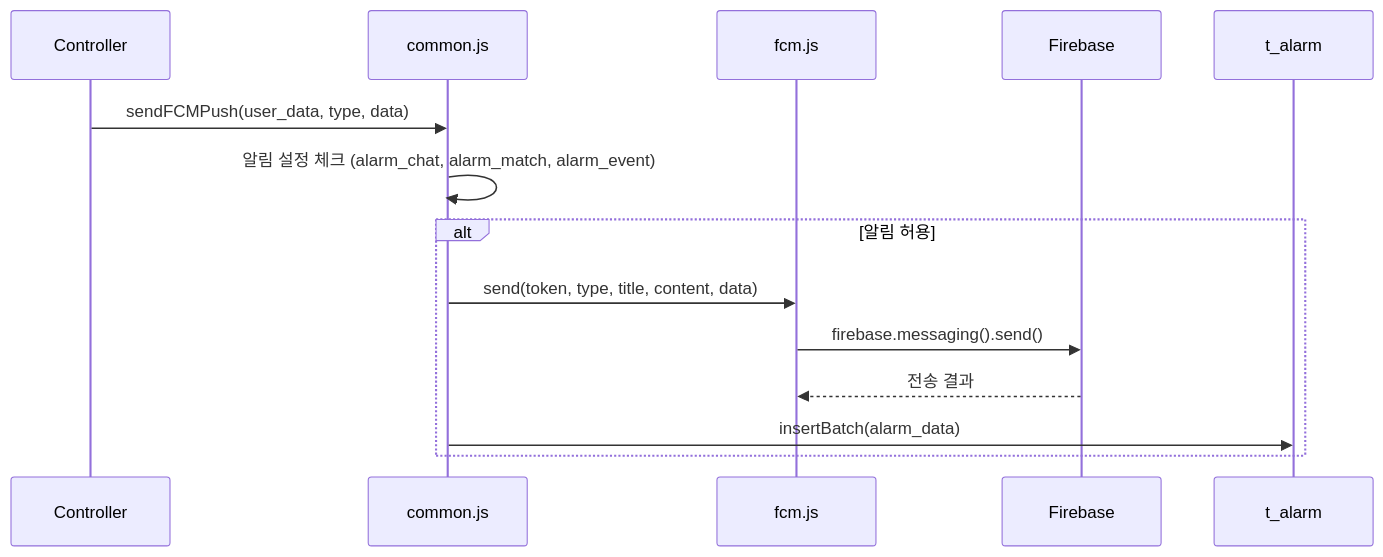
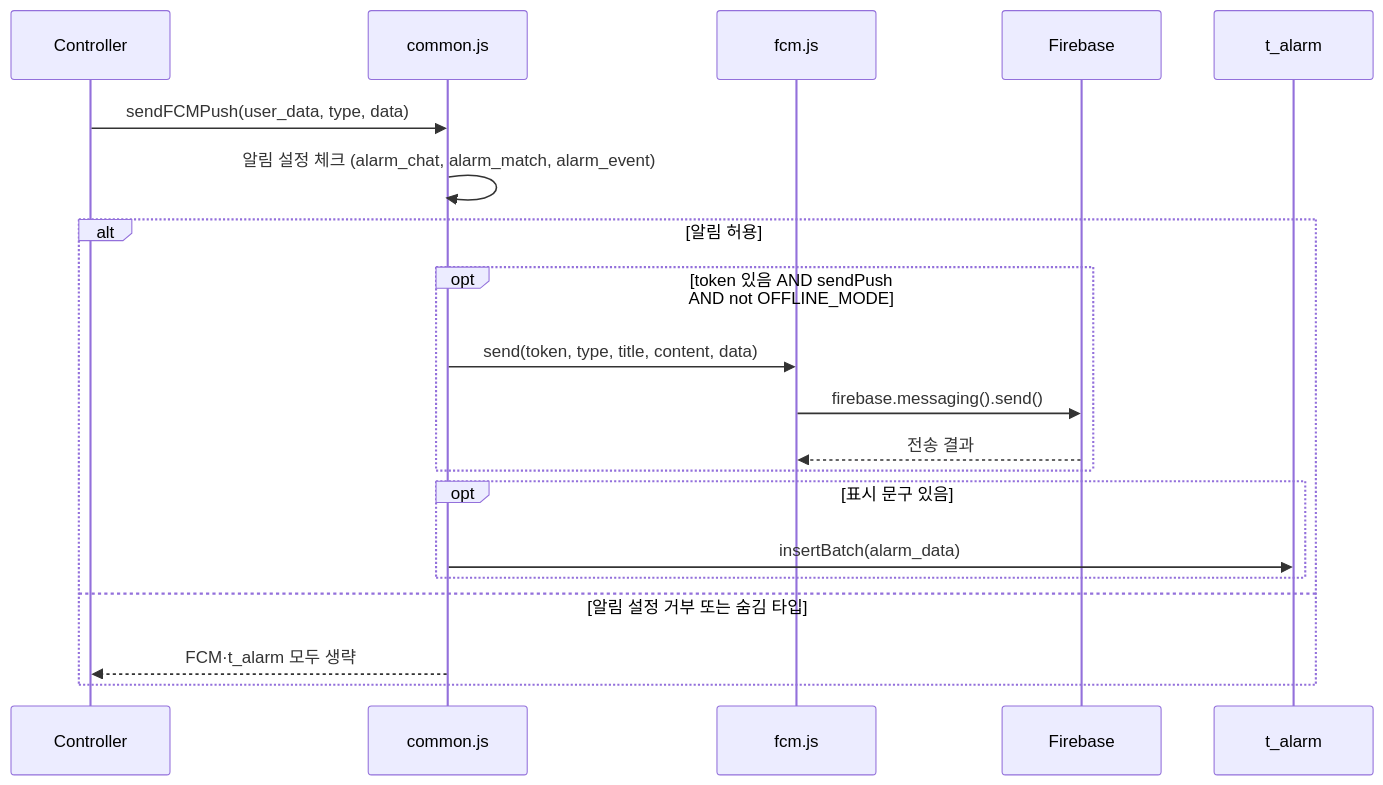
One commit to coupler-developer/docs changed the second of 2 diagrams in content/architecture/push-notification.md. Above: the diagram before and after it, drawn with Mermaid. The commit also changed other lines of this file and 10 other files, not shown here.

````diff
--- a/content/architecture/push-notification.md
+++ b/content/architecture/push-notification.md
@@ -172,17 +180,23 @@
 ```mermaid
 sequenceDiagram
     participant C as Controller
     participant Common as common.js
     participant FCM as fcm.js
     participant Firebase as Firebase
     participant DB as t_alarm
 
     C->>Common: sendFCMPush(user_data, type, data)
     Common->>Common: 알림 설정 체크 (alarm_chat, alarm_match, alarm_event)
     alt 알림 허용
-        Common->>FCM: send(token, type, title, content, data)
-        FCM->>Firebase: firebase.messaging().send()
-        Firebase-->>FCM: 전송 결과
-        Common->>DB: insertBatch(alarm_data)
+        opt token 있음 AND sendPush AND not OFFLINE_MODE
+            Common->>FCM: send(token, type, title, content, data)
+            FCM->>Firebase: firebase.messaging().send()
+            Firebase-->>FCM: 전송 결과
+        end
+        opt 표시 문구 있음
+            Common->>DB: insertBatch(alarm_data)
+        end
+    else 알림 설정 거부 또는 숨김 타입
+        Common-->>C: FCM·t_alarm 모두 생략
     end
 ```
````
